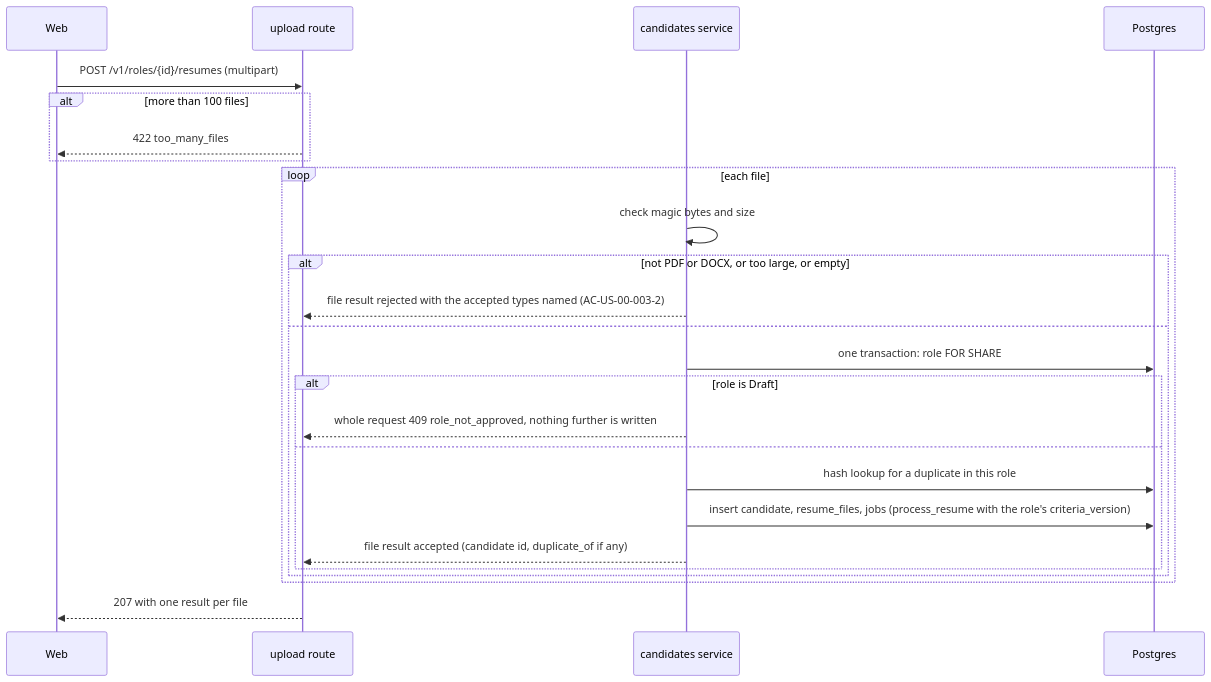
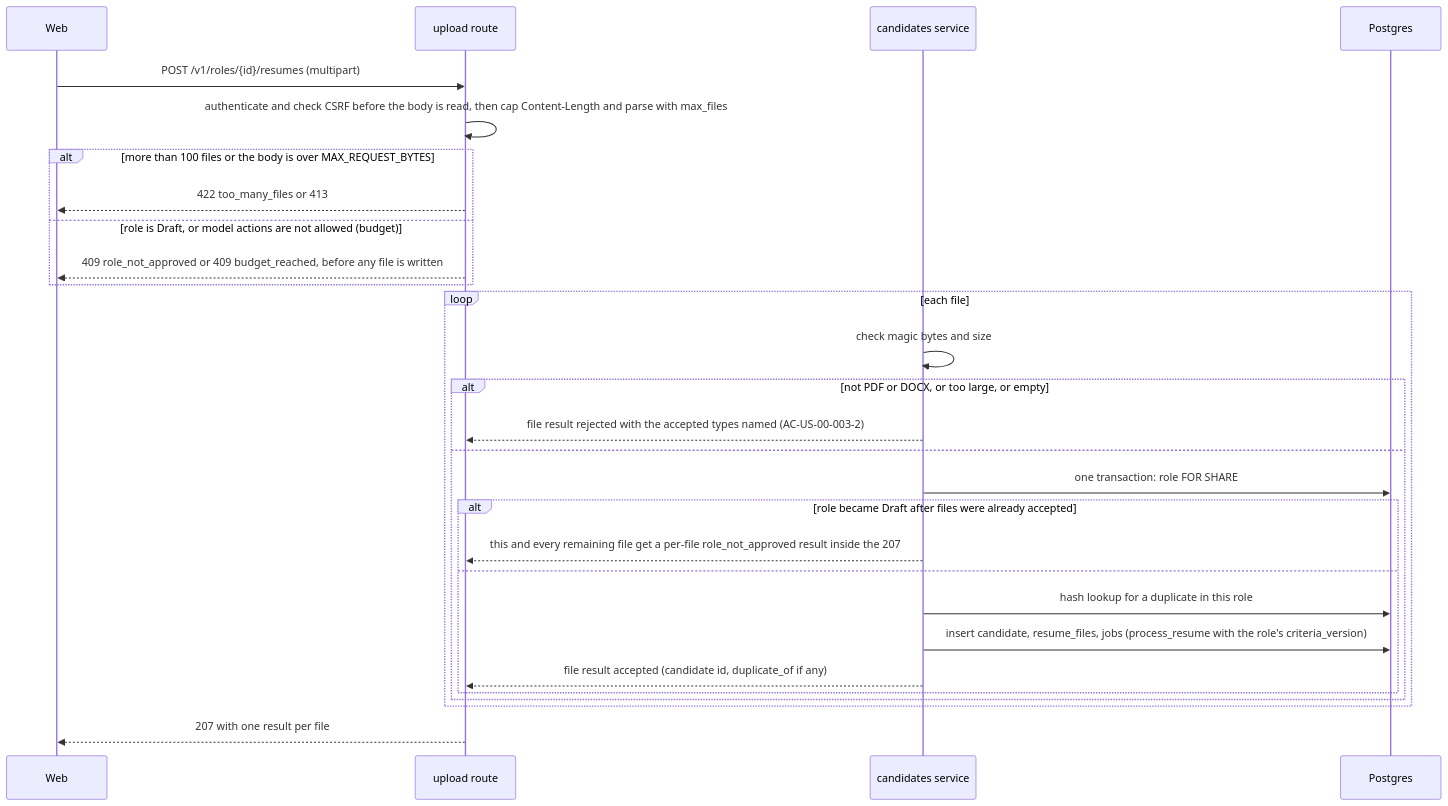
Before and after one commit to venkatmidhunmareedu/hirekit: the second of 5 diagrams in docs/design/api-lld.md, drawn with Mermaid. The commit also changed other lines of this file, not shown here.

````diff
--- a/docs/design/api-lld.md
+++ b/docs/design/api-lld.md
@@ -133,27 +150,30 @@
 ```mermaid
 sequenceDiagram
     participant W as Web
     participant A as upload route
     participant S as candidates service
     participant DB as Postgres
     W->>A: POST /v1/roles/{id}/resumes (multipart)
-    alt more than 100 files
-        A-->>W: 422 too_many_files
+    A->>A: authenticate and check CSRF before the body is read, then cap Content-Length and parse with max_files
+    alt more than 100 files or the body is over MAX_REQUEST_BYTES
+        A-->>W: 422 too_many_files or 413
+    else role is Draft, or model actions are not allowed (budget)
+        A-->>W: 409 role_not_approved or 409 budget_reached, before any file is written
     end
     loop each file
         S->>S: check magic bytes and size
         alt not PDF or DOCX, or too large, or empty
             S-->>A: file result rejected with the accepted types named (AC-US-00-003-2)
         else
             S->>DB: one transaction: role FOR SHARE
-            alt role is Draft
-                S-->>A: whole request 409 role_not_approved, nothing further is written
+            alt role became Draft after files were already accepted
+                S-->>A: this and every remaining file get a per-file role_not_approved result inside the 207
             else
                 S->>DB: hash lookup for a duplicate in this role
                 S->>DB: insert candidate, resume_files, jobs (process_resume with the role's criteria_version)
                 S-->>A: file result accepted (candidate id, duplicate_of if any)
             end
         end
     end
     A-->>W: 207 with one result per file
 ```
````
